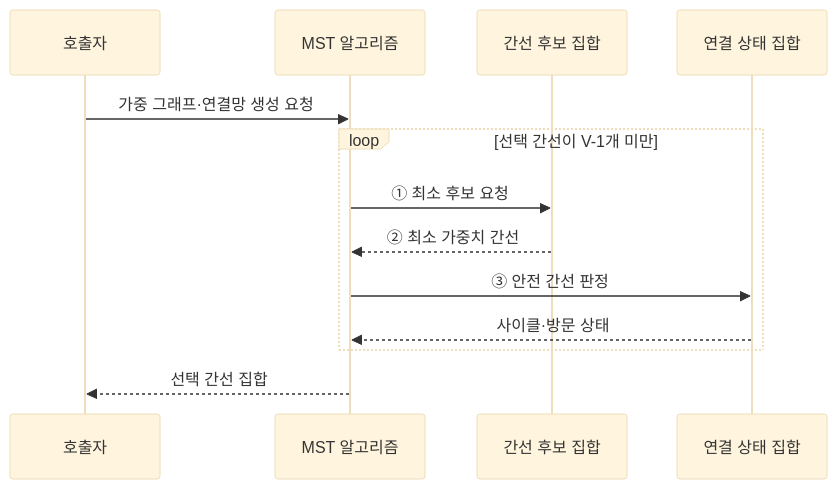
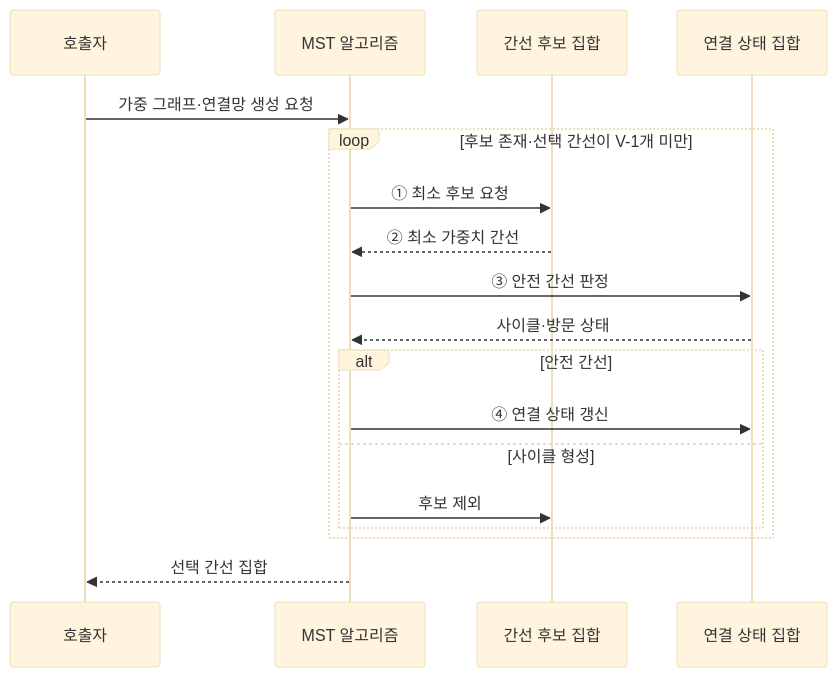
The second of 2 diagrams in src/content/docs/notes/01-basic-theory/012_minimum_spanning_tree.md (agnusdei1207/knowledge-base), drawn with Mermaid (base theme) before and after one commit. The commit also changed other lines of this file and 13 other files, not shown here.

````diff
--- a/src/content/docs/notes/01-basic-theory/012_minimum_spanning_tree.md
+++ b/src/content/docs/notes/01-basic-theory/012_minimum_spanning_tree.md
@@ -74,15 +74,20 @@
 ```mermaid
 sequenceDiagram
     participant Q as 호출자
     participant A as MST 알고리즘
     participant C as 간선 후보 집합
     participant S as 연결 상태 집합
     Q->>A: 가중 그래프·연결망 생성 요청
-    loop 선택 간선이 V-1개 미만
+    loop 후보 존재·선택 간선이 V-1개 미만
         A->>C: ① 최소 후보 요청
         C-->>A: ② 최소 가중치 간선
         A->>S: ③ 안전 간선 판정
         S-->>A: 사이클·방문 상태
+        alt 안전 간선
+            A->>S: ④ 연결 상태 갱신
+        else 사이클 형성
+            A->>C: 후보 제외
+        end
     end
     A-->>Q: 선택 간선 집합
 ```
````
